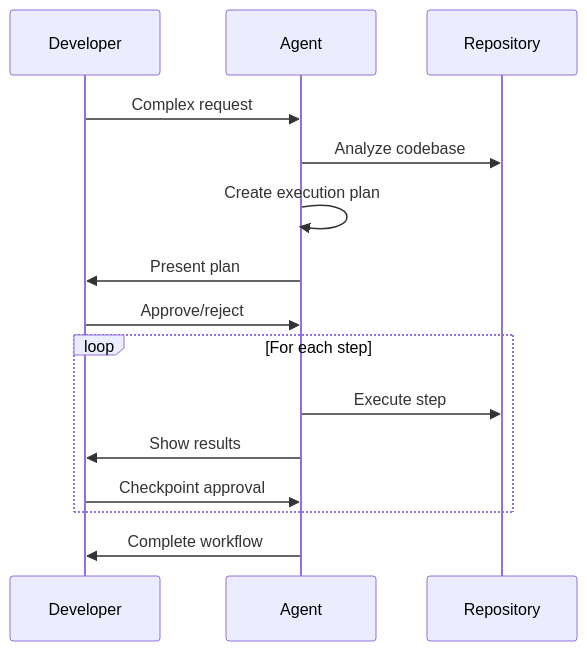
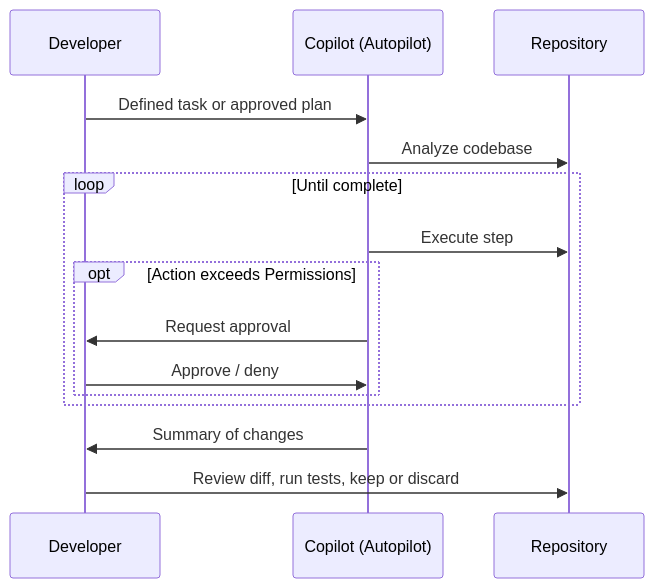
The sixth of 6 diagrams in docs/design/diagrams/copilot-interaction-models.md (centricconsulting/ai-coding-workshop), drawn with Mermaid before and after one commit. The commit also changed other lines of this file and 21 other files, not shown here.

First line of the commit message:
docs: update interaction models for Interactive, Plan, and Autopilot modes

````diff
--- a/docs/design/diagrams/copilot-interaction-models.md
+++ b/docs/design/diagrams/copilot-interaction-models.md
@@ -120,20 +128,20 @@
 ```mermaid
 sequenceDiagram
     participant D as Developer
-    participant A as Agent
+    participant A as Copilot (Autopilot)
     participant R as Repository
-    
-    D->>A: Complex request
+
+    D->>A: Defined task or approved plan
     A->>R: Analyze codebase
-    A->>A: Create execution plan
-    A->>D: Present plan
-    D->>A: Approve/reject
-    
-    loop For each step
+
+    loop Until complete
         A->>R: Execute step
-        A->>D: Show results
-        D->>A: Checkpoint approval
+        opt Action exceeds Permissions
+            A->>D: Request approval
+            D->>A: Approve / deny
+        end
     end
-    
-    A->>D: Complete workflow
+
+    A->>D: Summary of changes
+    D->>R: Review diff, run tests, keep or discard
 ```
````
